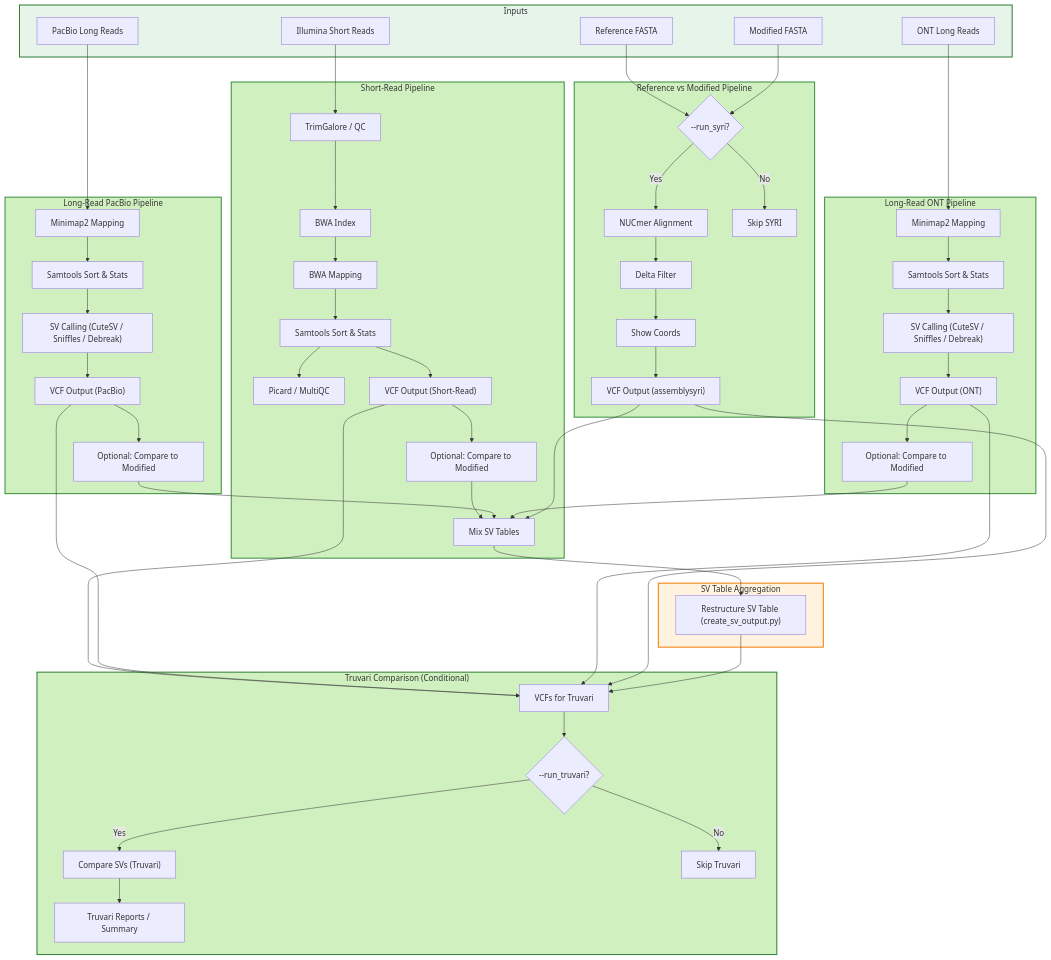
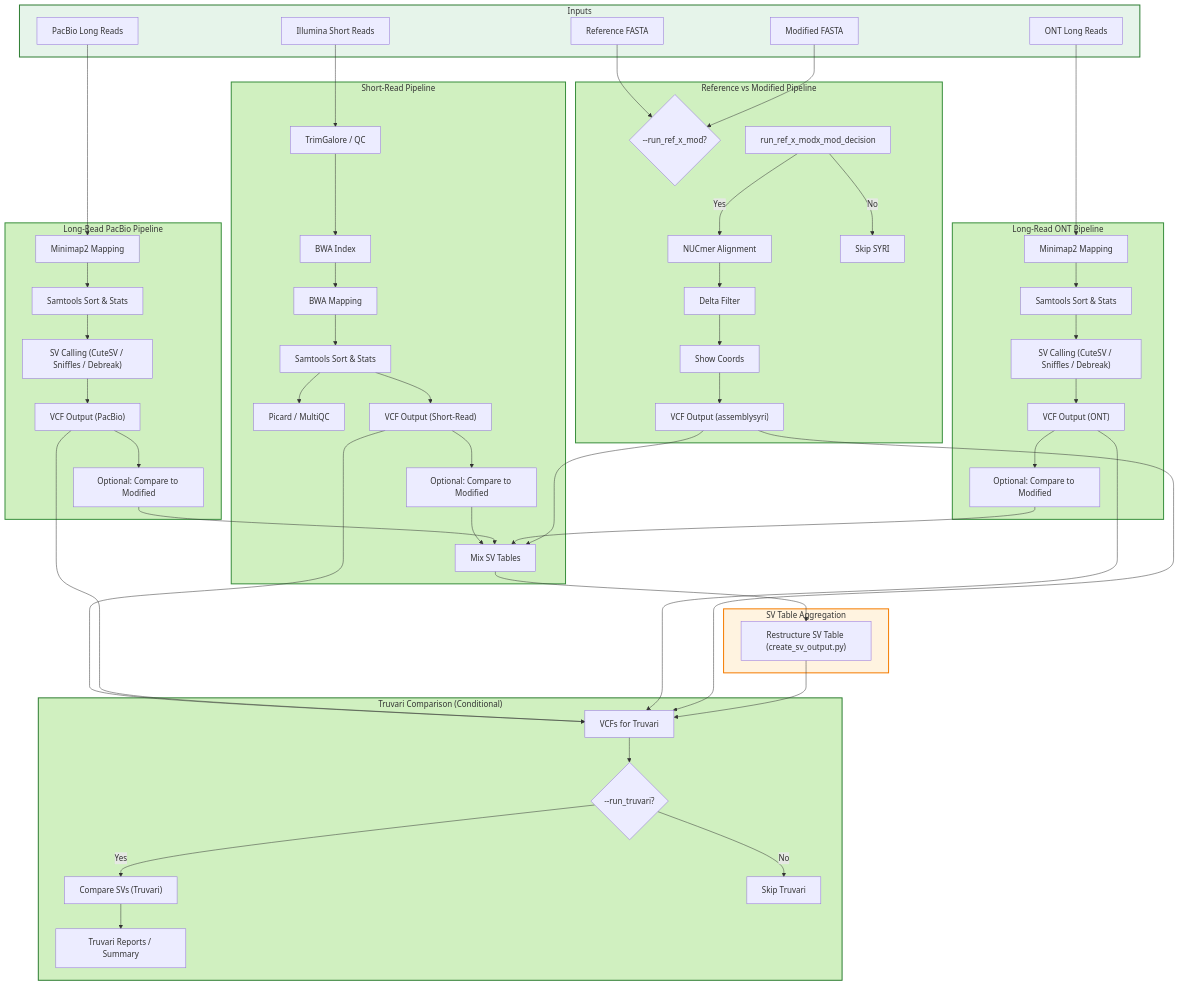
Before and after one commit to denisHanch/efsa_pipeline: the first of 8 diagrams in README.md, drawn with Mermaid. The commit also changed other lines of this file and 7 other files, not shown here.

Commit message:
EFSA-197: fix documentation run_syri run_truvari

````diff
--- a/README.md
+++ b/README.md
@@ -270,82 +270,82 @@
 ```mermaid
 flowchart TD
     %% Inputs
     subgraph Inputs
         illumina["Illumina Short Reads"]
         pacbio["PacBio Long Reads"]
         ont["ONT Long Reads"]
         ref_fasta["Reference FASTA"]
         mod_fasta["Modified FASTA"]
     end
     style Inputs fill:#E6F4EA,stroke:#2E7D32,stroke-width:2px
 
     %% Short-read pipeline
     subgraph ShortReadPipeline["Short-Read Pipeline"]
         illumina --> trimgalore["TrimGalore / QC"]
         trimgalore --> bwa_index["BWA Index"]
         bwa_index --> bwa_map["BWA Mapping"]
         bwa_map --> samtools_sort["Samtools Sort & Stats"]
         samtools_sort --> picard["Picard / MultiQC"]
         samtools_sort --> sr_vcf["VCF Output (Short-Read)"]
         sr_vcf --> short_mod["Optional: Compare to Modified"]
         short_mod --> agg_tbl
     end
     style ShortReadPipeline fill:#D0F0C0,stroke:#388E3C,stroke-width:2px
 
     %% Long-read PacBio pipeline
     subgraph LongReadPacBio["Long-Read PacBio Pipeline"]
         pacbio --> minimap2_pb["Minimap2 Mapping"]
         minimap2_pb --> samtools_sort_pb["Samtools Sort & Stats"]
         samtools_sort_pb --> pb_sv["SV Calling (CuteSV / Sniffles / Debreak)"]
         pb_sv --> pb_vcf["VCF Output (PacBio)"]
         pb_vcf --> long_mod_pb["Optional: Compare to Modified"]
         long_mod_pb --> agg_tbl
     end
     style LongReadPacBio fill:#D0F0C0,stroke:#388E3C,stroke-width:2px
 
     %% Long-read ONT pipeline
     subgraph LongReadONT["Long-Read ONT Pipeline"]
         ont --> minimap2_ont["Minimap2 Mapping"]
         minimap2_ont --> samtools_sort_ont["Samtools Sort & Stats"]
         samtools_sort_ont --> ont_sv["SV Calling (CuteSV / Sniffles / Debreak)"]
         ont_sv --> ont_vcf["VCF Output (ONT)"]
         ont_vcf --> long_mod_ont["Optional: Compare to Modified"]
         long_mod_ont --> agg_tbl
     end
     style LongReadONT fill:#D0F0C0,stroke:#388E3C,stroke-width:2px
 
     %% Reference vs Modified pipeline
     subgraph RefVsMod["Reference vs Modified Pipeline"]
-        ref_fasta --> run_syri_decision{"--run_syri?"}
-        mod_fasta --> run_syri_decision
-        run_syri_decision -->|Yes| nucmer["NUCmer Alignment"]
-        run_syri_decision -->|No| skip_syri["Skip SYRI"]
+        ref_fasta --> run_ref_x_mod_decision{"--run_ref_x_mod?"}
+        mod_fasta --> run_ref_x_mod_decision
+        run_ref_x_modx_mod_decision -->|Yes| nucmer["NUCmer Alignment"]
+        run_ref_x_modx_mod_decision -->|No| skip_syri["Skip SYRI"]
         nucmer --> delta_filter["Delta Filter"]
         delta_filter --> show_coords["Show Coords"]
         show_coords --> syri_vcf["VCF Output (assemblysyri)"]
         syri_vcf --> agg_tbl
     end
     style RefVsMod fill:#D0F0C0,stroke:#388E3C,stroke-width:2px
 
     %% SV table aggregation (central)
     subgraph SVTable["SV Table Aggregation"]
         agg_tbl["Mix SV Tables"] --> restructure["Restructure SV Table (create_sv_output.py)"]
     end
     style SVTable fill:#FFF3E0,stroke:#F57C00,stroke-width:2px
 
     %% Truvari comparison (central)
     subgraph Truvari["Truvari Comparison (Conditional)"]
         sr_vcf --> truvari_in["VCFs for Truvari"]
         pb_vcf --> truvari_in
         ont_vcf --> truvari_in
         syri_vcf --> truvari_in
         truvari_in --> check_truvari{"--run_truvari?"}
         check_truvari -->|Yes| truvari["Compare SVs (Truvari)"]
         check_truvari -->|No| skip_truvari["Skip Truvari"]
         truvari --> final_report["Truvari Reports / Summary"]
     end
     style Truvari fill:#D0F0C0,stroke:#2E7D32,stroke-width:2px
 
     %% Central alignment
     restructure --> truvari_in
 ```
````
